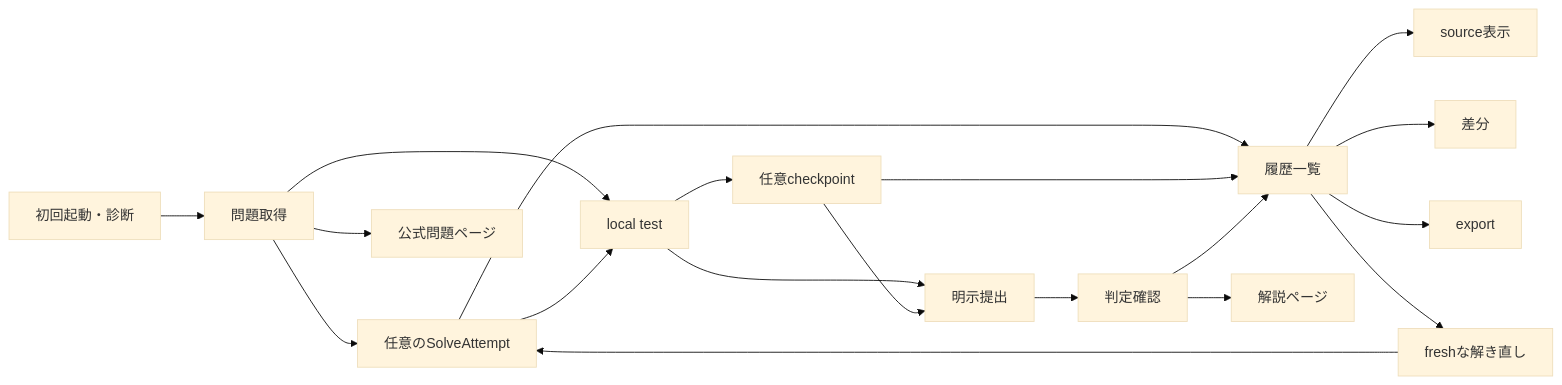
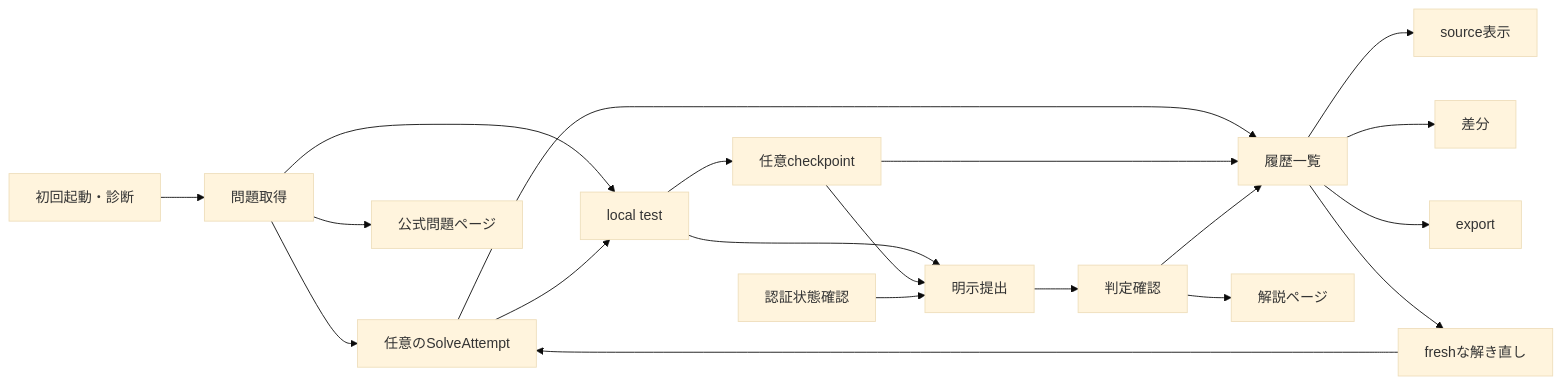
Before and after one commit to mgmaru/algo-loom: the first of 3 diagrams in spec/features.md, drawn with Mermaid (base theme). The commit also changed other lines of this file and 1 other file, not shown here.

````diff
--- a/spec/features.md
+++ b/spec/features.md
@@ -31,23 +90,24 @@
 ```mermaid
 flowchart LR
     S[初回起動・診断] --> G[問題取得]
     G --> A[任意のSolveAttempt]
     G --> T[local test]
     A --> T
     T --> C[任意checkpoint]
     T --> U[明示提出]
     C --> U
+    N[認証状態確認] --> U
     U --> V[判定確認]
 
     A --> H[履歴一覧]
     C --> H
     V --> H
     H --> W[source表示]
     H --> D[差分]
     H --> E[export]
     H --> R[freshな解き直し]
     R --> A
 
     G --> O[公式問題ページ]
     V --> X[解説ページ]
 ```
````
